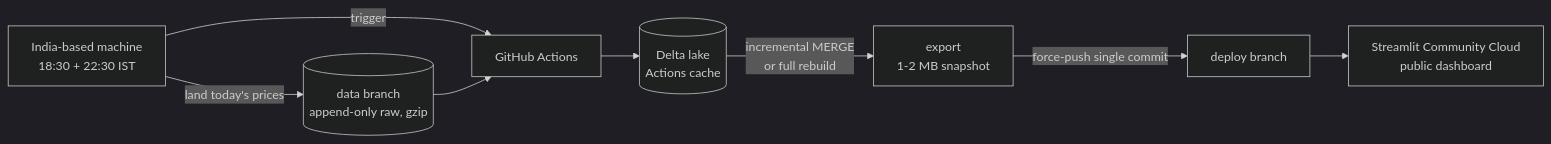
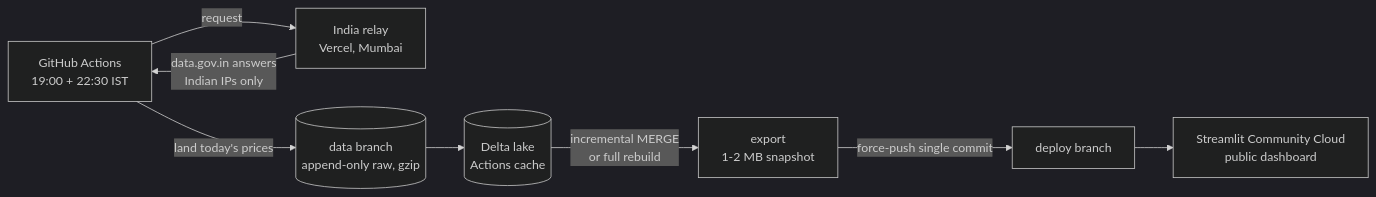
One commit to Santoshpal47/freshlens changed the second of 2 diagrams in README.md. Above: the diagram before and after it, drawn with Mermaid (dark theme). The commit also changed other lines of this file and 2 other files, not shown here.

First line of the commit message:
Fully cloud: nightly workflow lands prices through the Mumbai relay

````diff
--- a/README.md
+++ b/README.md
@@ -38,9 +38,10 @@
 ```mermaid
 flowchart LR
-    IN[India-based machine<br/>18:30 + 22:30 IST] -->|land today's prices| DB[(data branch<br/>append-only raw, gzip)]
-    IN -->|trigger| GA[GitHub Actions]
-    DB --> GA --> L[(Delta lake<br/>Actions cache)]
+    GA[GitHub Actions<br/>19:00 + 22:30 IST] -->|request| RL[India relay<br/>Vercel, Mumbai]
+    RL -->|data.gov.in answers<br/>Indian IPs only| GA
+    GA -->|land today's prices| DB[(data branch<br/>append-only raw, gzip)]
+    DB --> L[(Delta lake<br/>Actions cache)]
     L -->|incremental MERGE<br/>or full rebuild| X[export<br/>1-2 MB snapshot]
     X -->|force-push single commit| DP[deploy branch]
     DP --> SC[Streamlit Community Cloud<br/>public dashboard]
 ```
````
